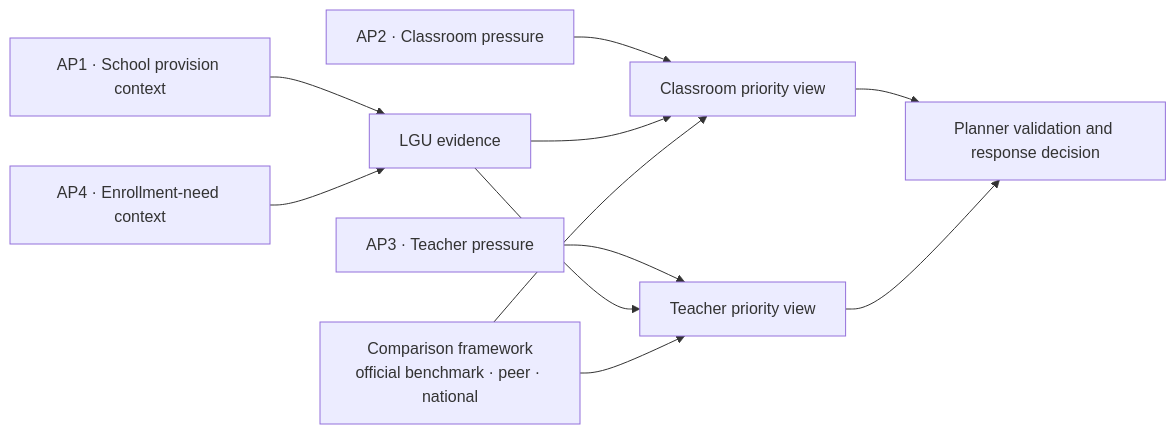
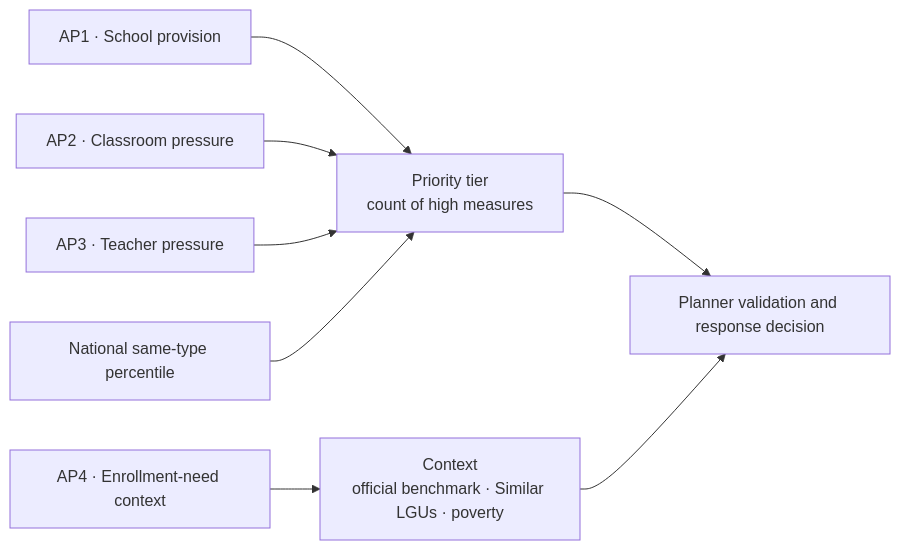
The diagram in docs/business/business-analytics-problem.md (hyenalouise/edu-access-sandbox), drawn with Mermaid before and after one commit. The commit also changed other lines of this file and 2 other files, not shown here.

Commit message:
Name LGU Local School Boards as the user and describe the priority list in the business docs
business-analytics-problem.md: primary users, AP1's role, the decision flowchart, and the paragraph on separate priorities follow D-0XX. stakeholders.md: Local School Boards are the primary users, DepEd Schools Division Offices move to partners, and the user story asks for the priority list with each measure shown on its own; peers become Similar LGUs. The business README points to D-0XX for the comparison and priority rule. The question wording is unchanged.

````diff
--- a/docs/business/business-analytics-problem.md
+++ b/docs/business/business-analytics-problem.md
@@ -43,13 +43,10 @@
 ```mermaid
 flowchart LR
-    AP1["AP1 · School provision context"] --> E["LGU evidence"]
-    AP2["AP2 · Classroom pressure"] --> C["Classroom priority view"]
-    AP3["AP3 · Teacher pressure"] --> T["Teacher priority view"]
-    AP4["AP4 · Enrollment-need context"] --> E
-    E --> C
-    E --> T
-    M["Comparison framework<br/>official benchmark · peer · national"] --> C
-    M --> T
-    C --> R["Planner validation and response decision"]
-    T --> R
+    AP1["AP1 · School provision"] --> P["Priority tier<br/>count of high measures"]
+    AP2["AP2 · Classroom pressure"] --> P
+    AP3["AP3 · Teacher pressure"] --> P
+    M["National same-type percentile"] --> P
+    AP4["AP4 · Enrollment-need context"] --> X["Context<br/>official benchmark · Similar LGUs · poverty"]
+    P --> R["Planner validation and response decision"]
+    X --> R
 ```
````
